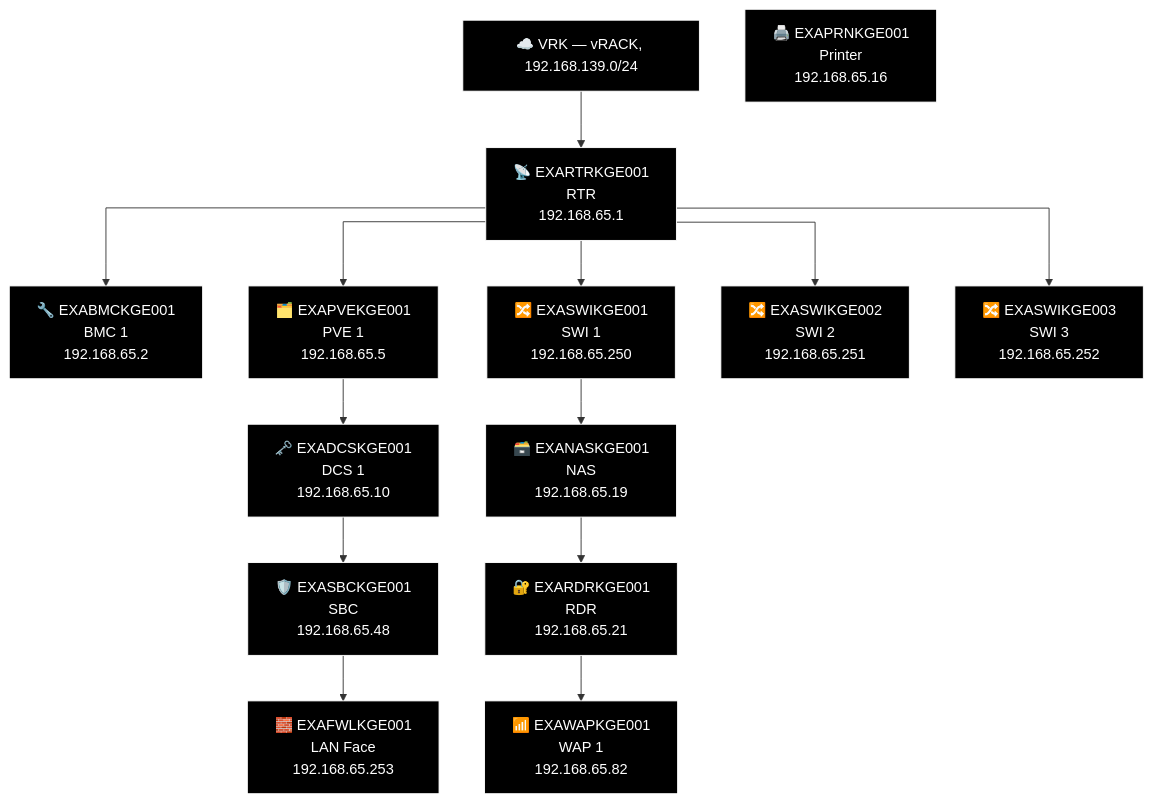
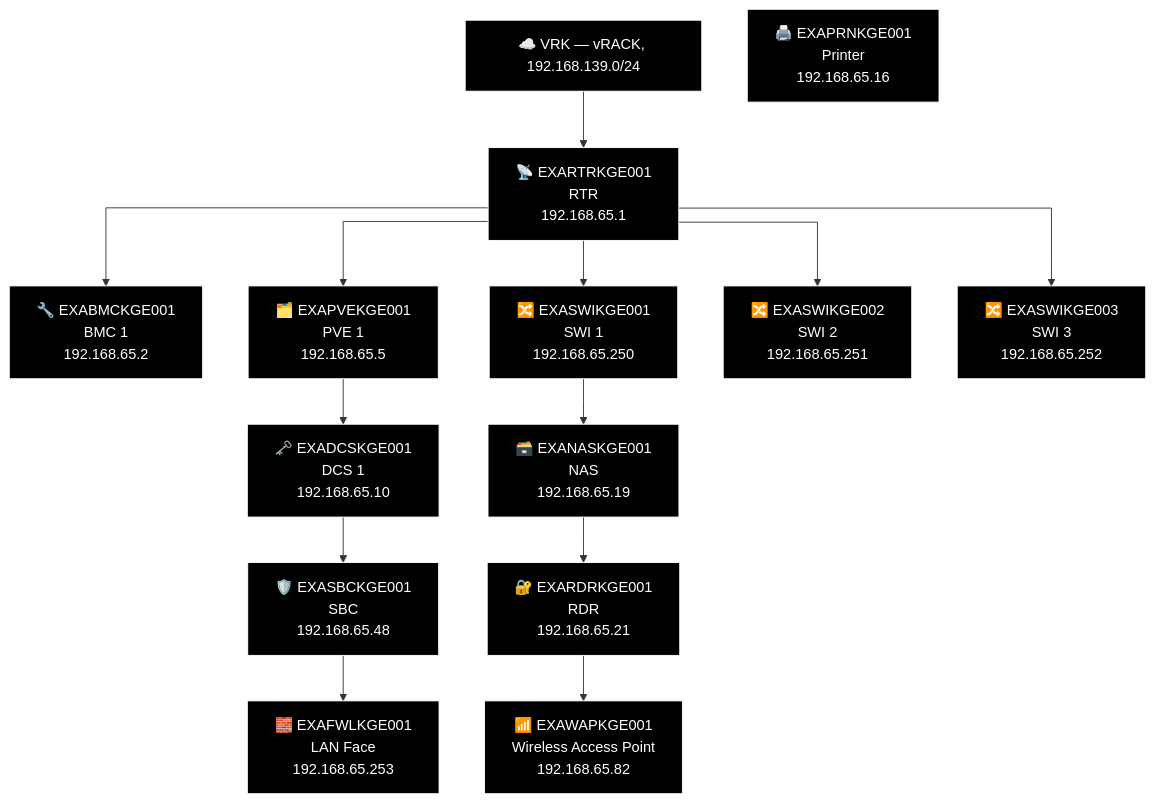
The eighth of 23 diagrams in docs/network-diagram/danmark.md (knightmare2600/example_music_infra), drawn with Mermaid before and after one commit. The commit also changed other lines of this file and 36 other files, not shown here.

````diff
--- a/docs/network-diagram/danmark.md
+++ b/docs/network-diagram/danmark.md
@@ -398,42 +398,42 @@
 ```mermaid
 %% GENERATED:TOPOLOGY:KGE:START
 %%{init: {'flowchart': {'curve': 'stepAfter'}}}%%
 graph TD
     T_VRK["☁️ VRK — vRACK, 192.168.139.0/24"]
     T_RTR["📡 EXARTRKGE001<br/>RTR<br/>192.168.65.1"]
     T_VRK --> T_RTR
     T_BMC["🔧 EXABMCKGE001<br/>BMC 1<br/>192.168.65.2"]
     T_RTR --> T_BMC
     T_PVE["🗂️ EXAPVEKGE001<br/>PVE 1<br/>192.168.65.5"]
     T_RTR --> T_PVE
     T_SWI["🔀 EXASWIKGE001<br/>SWI 1<br/>192.168.65.250"]
     T_RTR --> T_SWI
     T_SWI2["🔀 EXASWIKGE002<br/>SWI 2<br/>192.168.65.251"]
     T_RTR --> T_SWI2
     T_SWI3["🔀 EXASWIKGE003<br/>SWI 3<br/>192.168.65.252"]
     T_RTR --> T_SWI3
     T_NAS["🗃️ EXANASKGE001<br/>NAS<br/>192.168.65.19"]
     T_RDR["🔐 EXARDRKGE001<br/>RDR<br/>192.168.65.21"]
-    T_WAP["📶 EXAWAPKGE001<br/>WAP 1<br/>192.168.65.82"]
+    T_WAP["📶 EXAWAPKGE001<br/>Wireless Access Point<br/>192.168.65.82"]
     T_SWI --> T_NAS --> T_RDR --> T_WAP
     T_DCS["🗝️ EXADCSKGE001<br/>DCS 1<br/>192.168.65.10"]
     T_SBC["🛡️ EXASBCKGE001<br/>SBC<br/>192.168.65.48"]
     T_FWL["🧱 EXAFWLKGE001<br/>LAN Face<br/>192.168.65.253"]
     T_PVE --> T_DCS --> T_SBC --> T_FWL
     T_PRN["🖨️ EXAPRNKGE001<br/>Printer<br/>192.168.65.16"]
     style T_VRK fill:#000000,stroke:#FFFFFF,color:#FFFFFF
     style T_RTR fill:#000000,stroke:#FFFFFF,color:#FFFFFF
     style T_BMC fill:#000000,stroke:#FFFFFF,color:#FFFFFF
     style T_PVE fill:#000000,stroke:#FFFFFF,color:#FFFFFF
     style T_SWI fill:#000000,stroke:#FFFFFF,color:#FFFFFF
     style T_SWI2 fill:#000000,stroke:#FFFFFF,color:#FFFFFF
     style T_SWI3 fill:#000000,stroke:#FFFFFF,color:#FFFFFF
     style T_NAS fill:#000000,stroke:#FFFFFF,color:#FFFFFF
     style T_RDR fill:#000000,stroke:#FFFFFF,color:#FFFFFF
     style T_WAP fill:#000000,stroke:#FFFFFF,color:#FFFFFF
     style T_DCS fill:#000000,stroke:#FFFFFF,color:#FFFFFF
     style T_SBC fill:#000000,stroke:#FFFFFF,color:#FFFFFF
     style T_FWL fill:#000000,stroke:#FFFFFF,color:#FFFFFF
     style T_PRN fill:#000000,stroke:#FFFFFF,color:#FFFFFF
 %% GENERATED:TOPOLOGY:KGE:END
 ```
````
